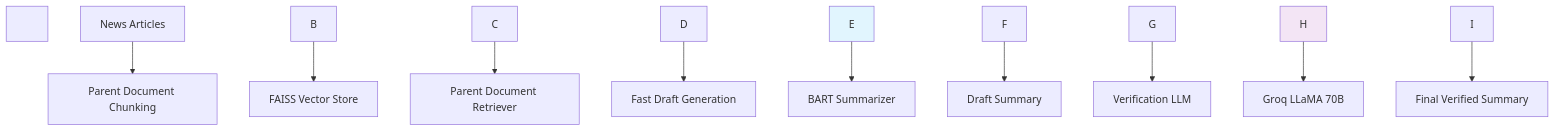
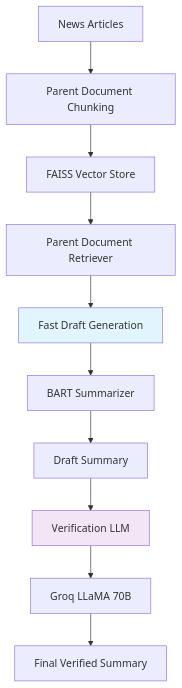
One commit to dhruvsh1997/AdvanceRAG-Concepts-Langchain changed the third of 6 diagrams in README.MD. Above: the diagram before and after it, drawn with Mermaid. The commit also changed other lines of this file, not shown here.

````diff
--- a/README.MD
+++ b/README.MD
@@ -239,29 +123,15 @@
 ```mermaid
-
 graph TD
-
-&nbsp;   A\[News Articles] --> B\[Parent Document Chunking]
-
-&nbsp;   B --> C\[FAISS Vector Store]
-
-&nbsp;   C --> D\[Parent Document Retriever]
-
-&nbsp;   D --> E\[Fast Draft Generation]
-
-&nbsp;   E --> F\[BART Summarizer]
-
-&nbsp;   F --> G\[Draft Summary]
-
-&nbsp;   G --> H\[Verification LLM]
-
-&nbsp;   H --> I\[Groq LLaMA 70B]
-
-&nbsp;   I --> J\[Final Verified Summary]
-
-&nbsp;   
-
-&nbsp;   style E fill:#e1f5fe
-
-&nbsp;   style H fill:#f3e5f5
-
+    A[News Articles] --> B[Parent Document Chunking]
+    B --> C[FAISS Vector Store]
+    C --> D[Parent Document Retriever]
+    D --> E[Fast Draft Generation]
+    E --> F[BART Summarizer]
+    F --> G[Draft Summary]
+    G --> H[Verification LLM]
+    H --> I[Groq LLaMA 70B]
+    I --> J[Final Verified Summary]
+    
+    style E fill:#e1f5fe
+    style H fill:#f3e5f5
 ```
````
